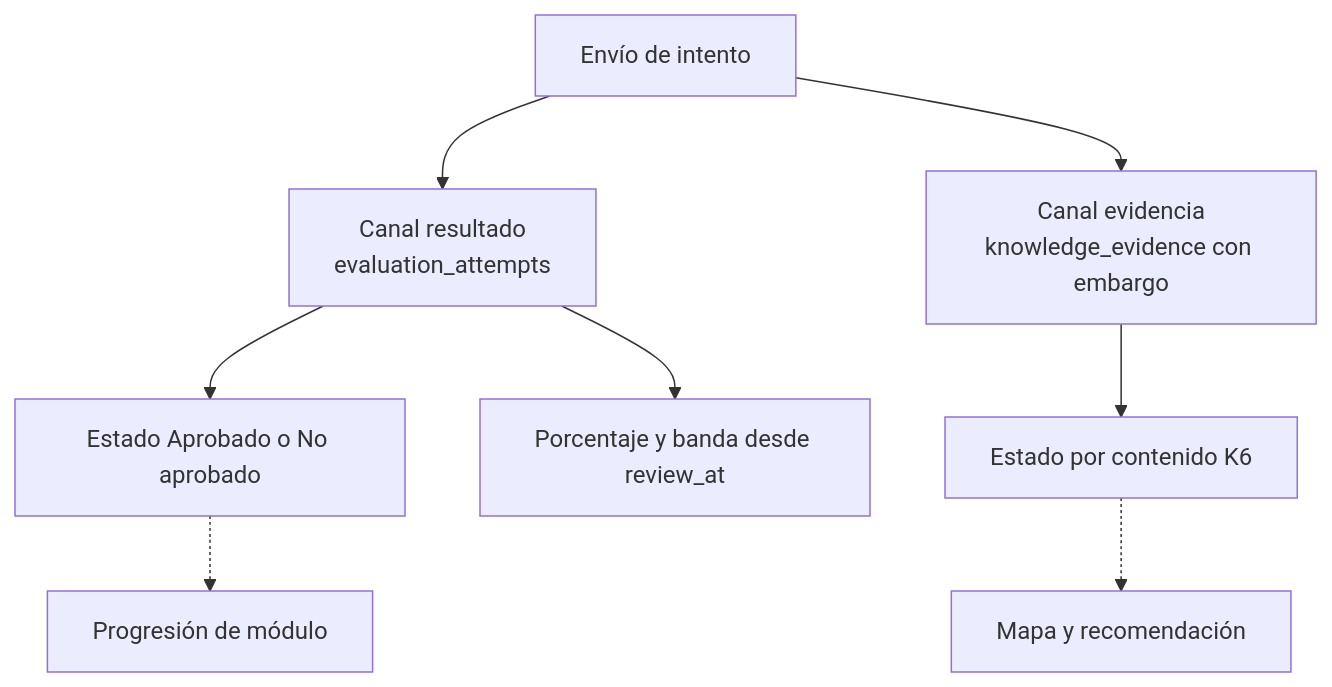
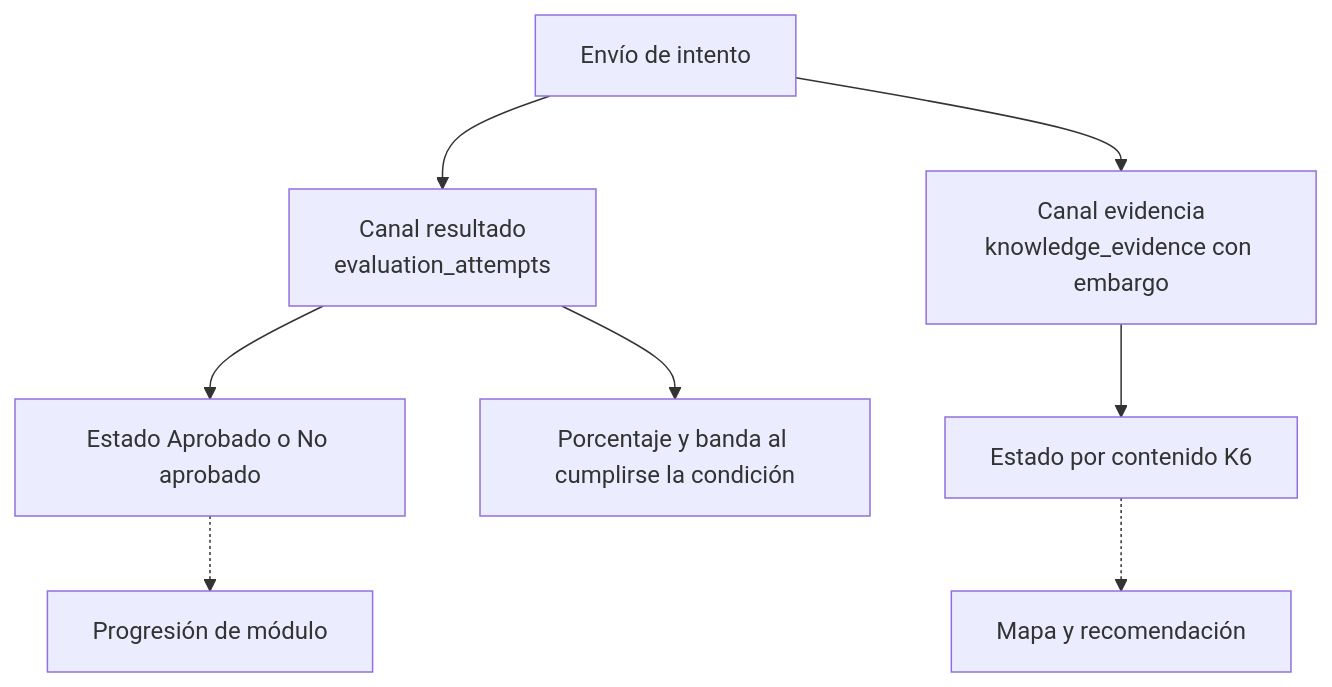
Before and after one commit to juanpablomonsalvezb-alt/brkl: the second of 3 diagrams in docs/vortice/diseno-tecnico/03_MOTOR_DE_EVIDENCIAS.md, drawn with Mermaid. The commit also changed other lines of this file and 12 other files, not shown here.

````diff
--- a/docs/vortice/diseno-tecnico/03_MOTOR_DE_EVIDENCIAS.md
+++ b/docs/vortice/diseno-tecnico/03_MOTOR_DE_EVIDENCIAS.md
@@ -122,10 +122,10 @@
 ```mermaid
 flowchart TB
   S[Envío de intento] --> R[Canal resultado<br/>evaluation_attempts]
   S --> X[Canal evidencia<br/>knowledge_evidence con embargo]
   R --> ST[Estado Aprobado o No aprobado]
-  R --> PC[Porcentaje y banda desde review_at]
+  R --> PC[Porcentaje y banda al cumplirse la condición]
   X --> K[Estado por contenido K6]
   ST -.-> P[Progresión de módulo]
   K -.-> MAP[Mapa y recomendación]
 ```
````
